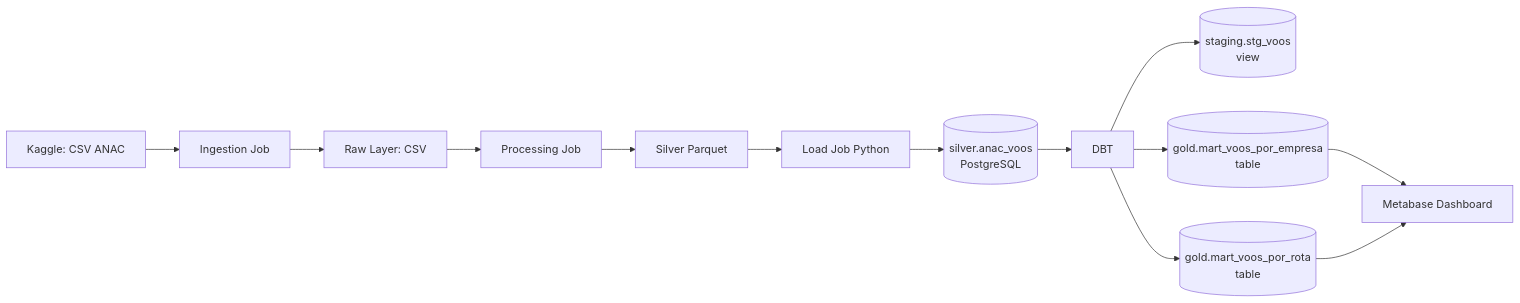
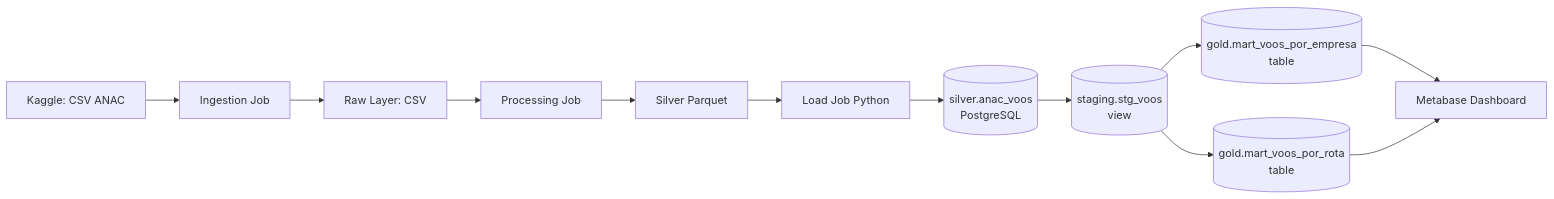
The diagram in README.md (gustavocn121/Lab02_18106196), drawn with Mermaid before and after one commit. The commit also changed other lines of this file and 2 other files, not shown here.

````diff
--- a/README.md
+++ b/README.md
@@ -15,15 +22,14 @@
 ```mermaid
 flowchart LR
     A[Kaggle: CSV ANAC] --> B[Ingestion Job]
     B --> C[Raw Layer: CSV]
     C --> D[Processing Job]
     D --> E[Silver Parquet]
     E --> F[Load Job Python]
-    F --> G[(silver.anac_voos\nPostgreSQL)]
-    G --> H[DBT]
-    H --> I[(staging.stg_voos\nview)]
-    H --> J[(gold.mart_voos_por_empresa\ntable)]
-    H --> K[(gold.mart_voos_por_rota\ntable)]
+    F --> G[(silver.anac_voos<br>PostgreSQL)]
+    G --> H[(staging.stg_voos<br>view)]
+    H --> J[(gold.mart_voos_por_empresa<br>table)]
+    H --> K[(gold.mart_voos_por_rota<br>table)]
     J --> L[Metabase Dashboard]
     K --> L
 ```
````
